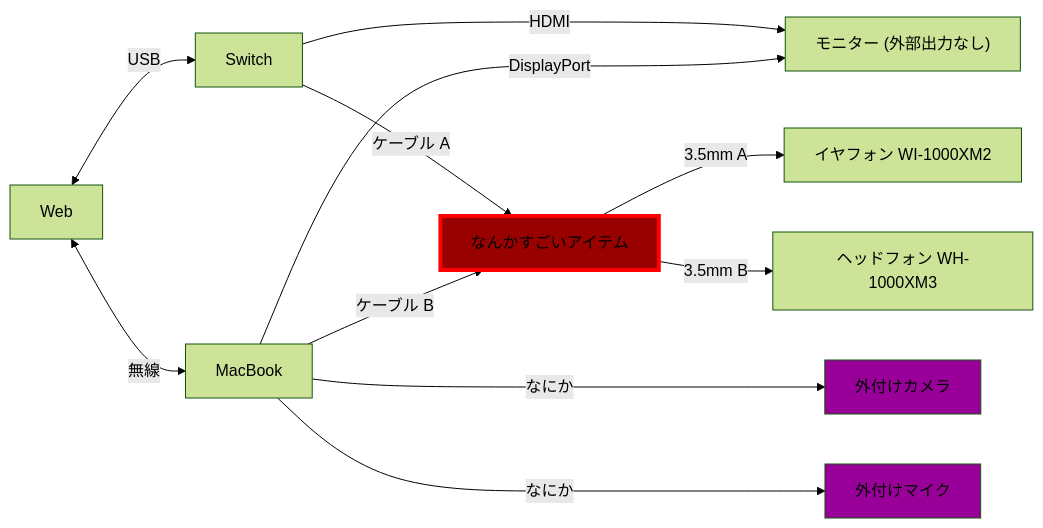
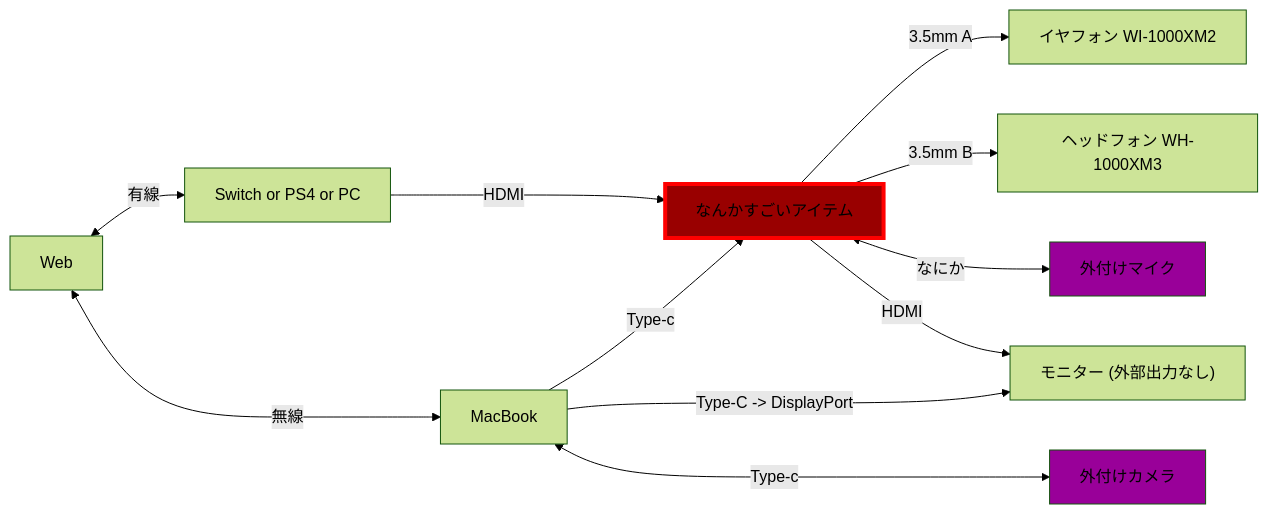
Before and after one commit to kotaoue/gamemo: the second of 2 diagrams in environment/desktop.md, drawn with Mermaid (forest theme). The commit also changed other lines of this file, not shown here.

````diff
--- a/environment/desktop.md
+++ b/environment/desktop.md
@@ -17,16 +17,16 @@
 ```mermaid
 flowchart LR
-    Web <-->|USB| Switch
-    Switch --->|HDMI| Monitor["モニター (外部出力なし)"]
-    Switch -->|"ケーブル A"| Gadget
+    Web <-->|有線| Game["Switch or PS4 or PC"]
+    Game --->|HDMI| Gadget
     Web <-->|無線| MacBook
-    MacBook --->|DisplayPort| Monitor
-    MacBook -->|"ケーブル B"| Gadget[なんかすごいアイテム]
-    MacBook --->|なにか| 外付けカメラ
-    MacBook --->|なにか| 外付けマイク
     Gadget -->|"3.5mm A"| イヤフォン["イヤフォン WI-1000XM2"]
     Gadget -->|"3.5mm B"| ヘッドフォン["ヘッドフォン WH-1000XM3"]
+    Gadget <-->|なにか| 外付けマイク
+    Gadget -->|HDMI| Monitor
+    MacBook --->|"Type-C -> DisplayPort"| Monitor["モニター (外部出力なし)"]
+    MacBook -->|"Type-c"| Gadget[なんかすごいアイテム]
+    MacBook <--->|"Type-c"| 外付けカメラ
     style Gadget fill:#900,stroke:#f00,stroke-width:4px
     style 外付けカメラ fill:#909
     style 外付けマイク fill:#909
 ```
````
